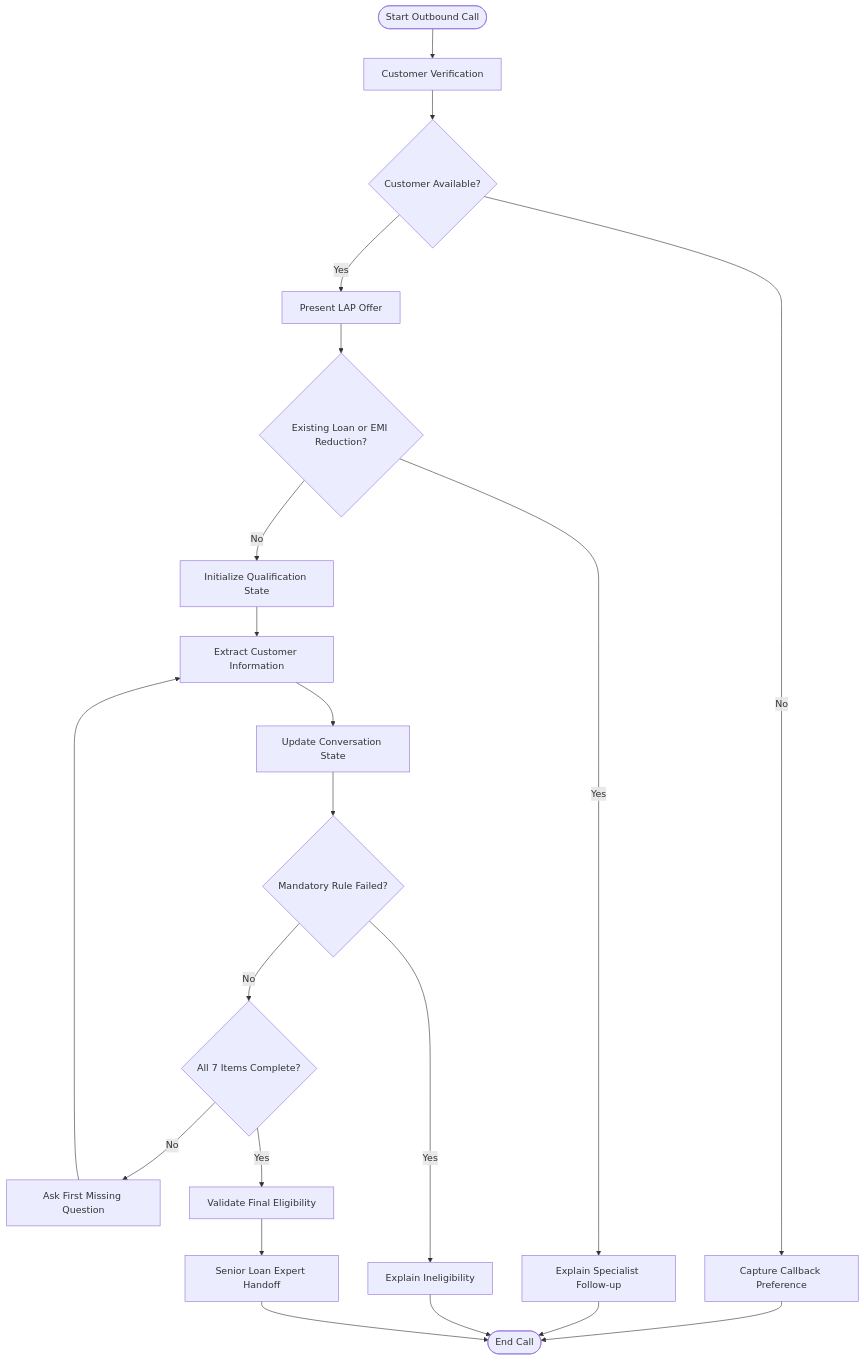
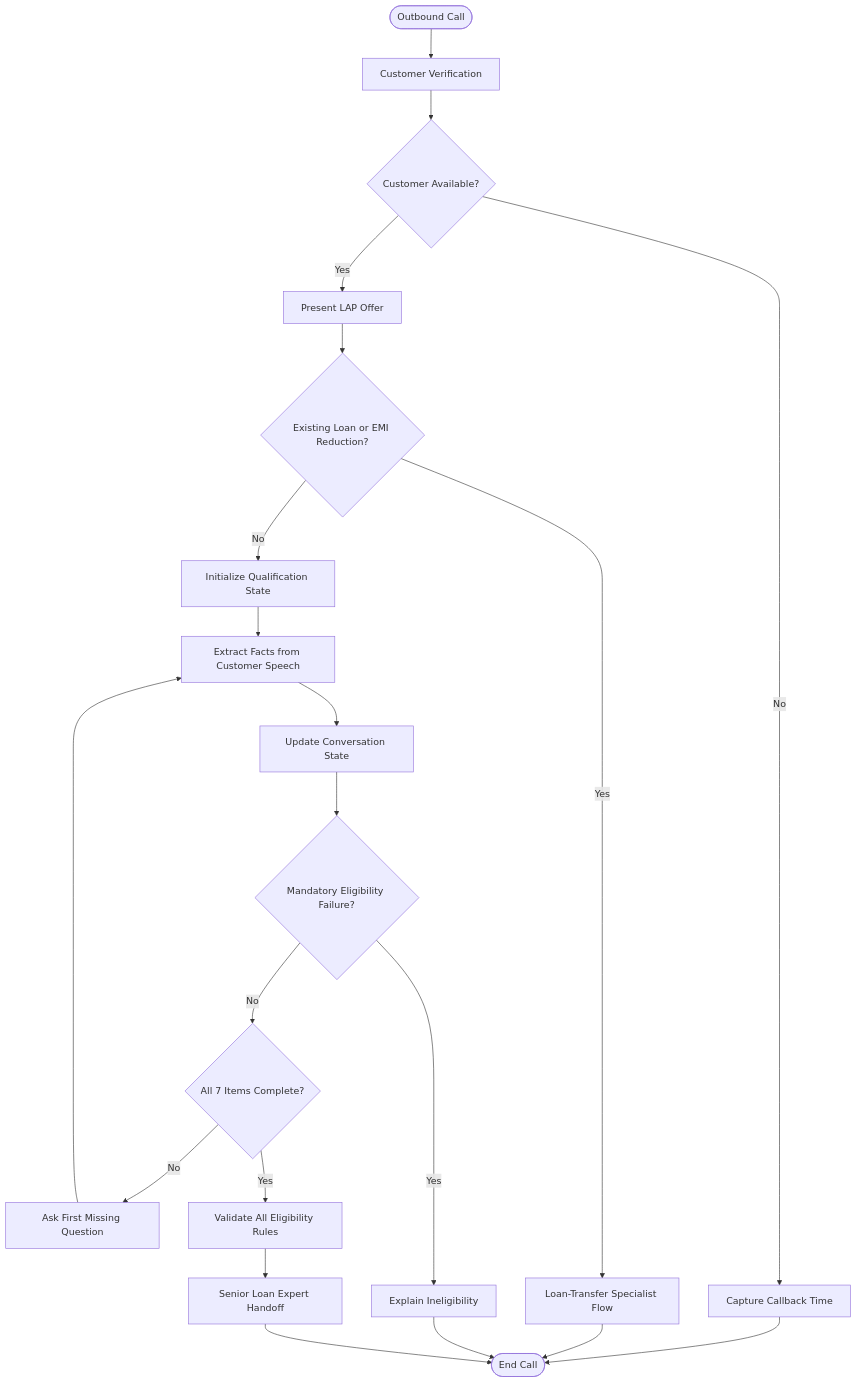
Before and after one commit to bhavanaunaidu/Sales_Agent_ai_assignment-: the diagram in README.md, drawn with Mermaid. The commit also changed other lines of this file, not shown here.

````diff
--- a/README.md
+++ b/README.md
@@ -55,30 +111,30 @@
 ```mermaid
 flowchart TD
-    A([Start Outbound Call]) --> B[Customer Verification]
+    A([Outbound Call]) --> B[Customer Verification]
     B --> C{Customer Available?}
 
-    C -- No --> D[Capture Callback Preference]
+    C -- No --> D[Capture Callback Time]
     D --> Z([End Call])
 
     C -- Yes --> E[Present LAP Offer]
     E --> F{Existing Loan or EMI Reduction?}
 
-    F -- Yes --> G[Explain Specialist Follow-up]
+    F -- Yes --> G[Loan-Transfer Specialist Flow]
     G --> Z
 
     F -- No --> H[Initialize Qualification State]
-    H --> I[Extract Customer Information]
+    H --> I[Extract Facts from Customer Speech]
     I --> J[Update Conversation State]
-    J --> K{Mandatory Rule Failed?}
+    J --> K{Mandatory Eligibility Failure?}
 
     K -- Yes --> L[Explain Ineligibility]
     L --> Z
 
     K -- No --> M{All 7 Items Complete?}
     M -- No --> N[Ask First Missing Question]
     N --> I
 
-    M -- Yes --> O[Validate Final Eligibility]
+    M -- Yes --> O[Validate All Eligibility Rules]
     O --> P[Senior Loan Expert Handoff]
     P --> Z
 ```
````
